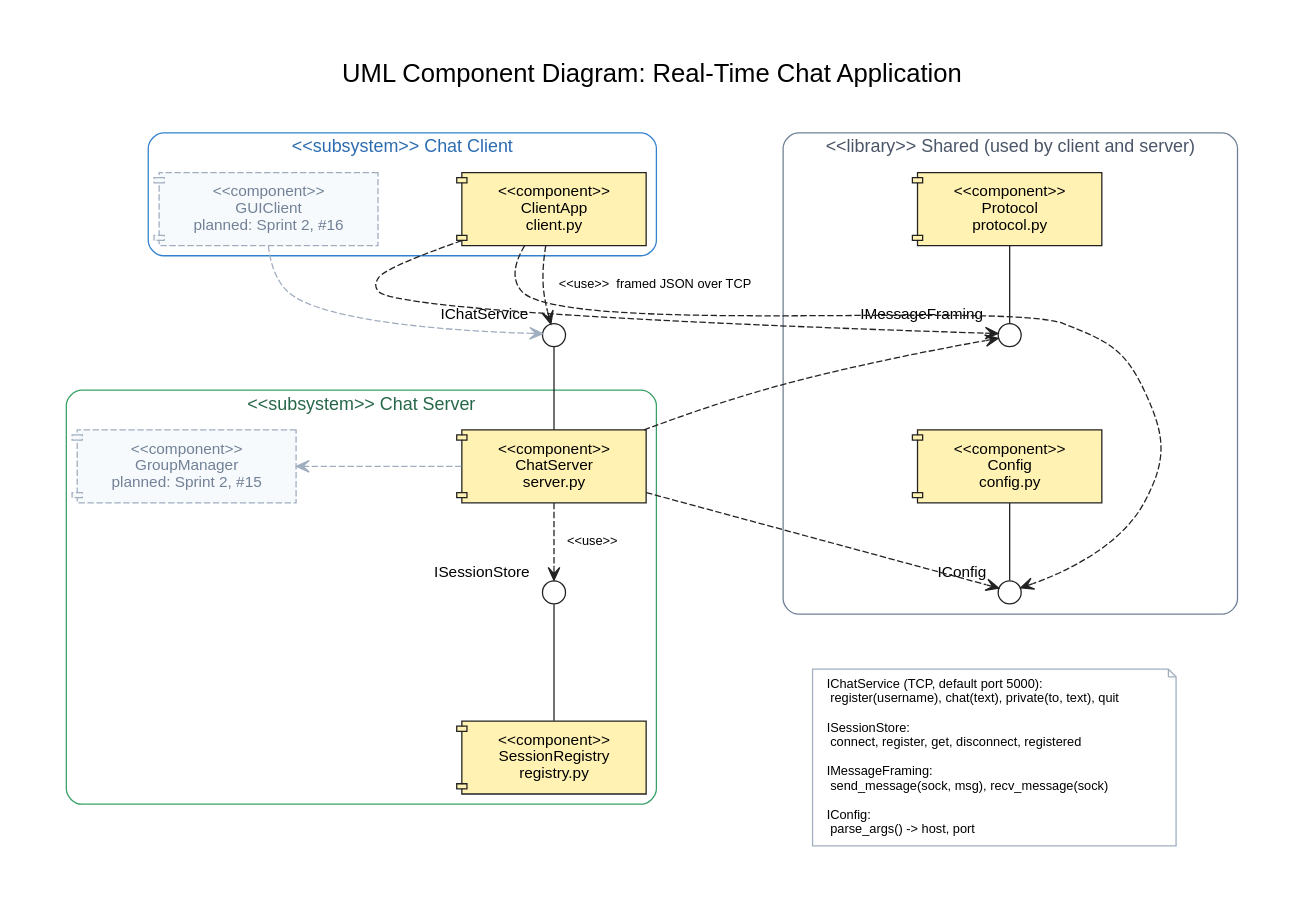
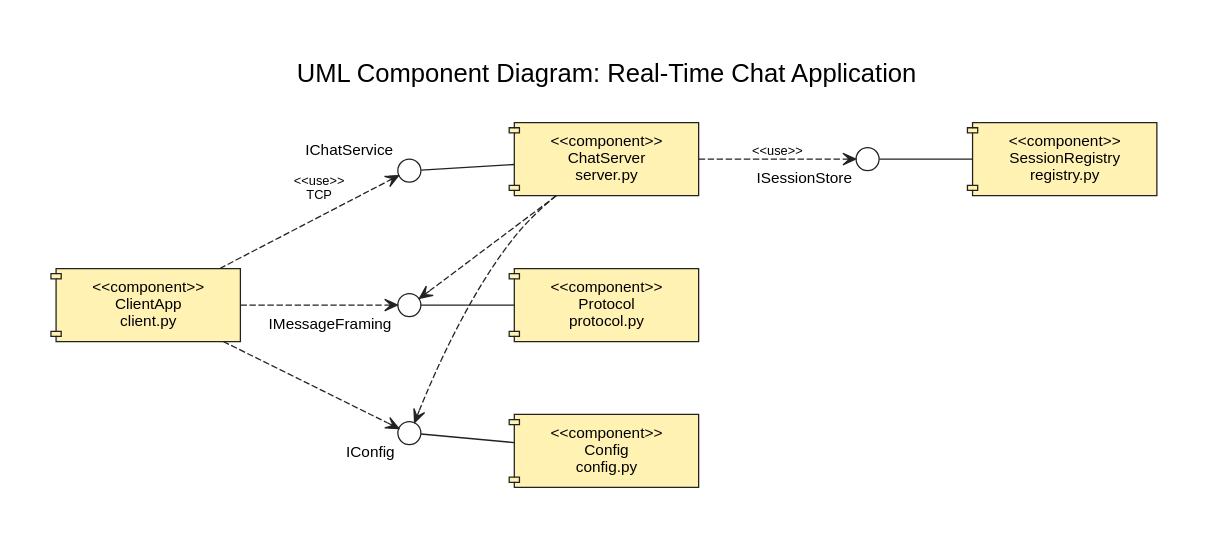
One commit to Kabir7code/Chat-application-Socket-Programming- changed the diagram in Documents/diagrams/components.dot. Above: the diagram before and after it, drawn with Graphviz. The commit also changed 3 other files, not shown here.

Commit message:
Simplify architecture and component diagrams to the as-built system

```diff
--- a/Documents/diagrams/components.dot
+++ b/Documents/diagrams/components.dot
@@ -1,61 +1,37 @@
-// UML component diagram of the chat application.
-// Render: dot -Tpng components.dot -o ../Component_Diagram.png
-// Notation: box with tabs = <<component>>; circle = provided interface (lollipop);
-// dashed arrow = <<use>> (required interface); grey dashed = planned for Sprint 2.
+// UML component diagram of the chat application (as built, Sprint 1).
+// Render: dot -Tpng -Gdpi=150 components.dot -o ../Component_Diagram.png
+// Notation: box with tabs = component; circle = provided interface; dashed arrow = <<use>>.
 digraph Components {
-  graph [rankdir=TB, fontname="Helvetica", fontsize=20, labelloc=t, pad=0.5, nodesep=0.9, ranksep=0.7, bgcolor=white, newrank=true,
+  graph [rankdir=LR, fontname="Helvetica", fontsize=20, labelloc=t, pad=0.5, nodesep=0.7, ranksep=1.0, bgcolor=white, newrank=true,
          label="UML Component Diagram: Real-Time Chat Application\n "];
-  node  [shape=component, style=filled, fillcolor="#FFF2B3", fontname="Helvetica", fontsize=12, color="#222222", margin="0.25,0.12"];
+  node  [shape=component, style=filled, fillcolor="#FFF2B3", fontname="Helvetica", fontsize=12, color="#222222", margin="0.25,0.12", width=1.9];
   edge  [fontname="Helvetica", fontsize=10, color="#222222"];
 
-  subgraph cluster_client {
-    label="<<subsystem>> Chat Client"; style="rounded"; color="#3182CE"; fontsize=14; fontcolor="#2B6CB0";
-    ClientApp [label="<<component>>\nClientApp\nclient.py"];
-    GUI       [label="<<component>>\nGUIClient\nplanned: Sprint 2, #16", style="filled,dashed", fillcolor="#F7FAFC", fontcolor="#718096", color="#A0AEC0"];
-  }
+  ClientApp [label="<<component>>\nClientApp\nclient.py"];
+  IChat     [shape=circle, label="", width=0.25, fixedsize=true, fillcolor="#FFFFFF", xlabel="IChatService"];
+  Server    [label="<<component>>\nChatServer\nserver.py"];
+  ISession  [shape=circle, label="", width=0.25, fixedsize=true, fillcolor="#FFFFFF", xlabel="ISessionStore"];
+  Registry  [label="<<component>>\nSessionRegistry\nregistry.py"];
 
-  IChat [shape=circle, label="", width=0.25, fixedsize=true, fillcolor="#FFFFFF", xlabel="IChatService  "];
+  Protocol  [label="<<component>>\nProtocol\nprotocol.py"];
+  IFraming  [shape=circle, label="", width=0.25, fixedsize=true, fillcolor="#FFFFFF", xlabel="IMessageFraming"];
+  Config    [label="<<component>>\nConfig\nconfig.py"];
+  IConfig   [shape=circle, label="", width=0.25, fixedsize=true, fillcolor="#FFFFFF", xlabel="IConfig"];
 
-  subgraph cluster_server {
-    label="<<subsystem>> Chat Server"; style="rounded"; color="#38A169"; fontsize=14; fontcolor="#276749";
-    Server   [label="<<component>>\nChatServer\nserver.py"];
-    Groups   [label="<<component>>\nGroupManager\nplanned: Sprint 2, #15", style="filled,dashed", fillcolor="#F7FAFC", fontcolor="#718096", color="#A0AEC0"];
-    ISession [shape=circle, label="", width=0.25, fixedsize=true, fillcolor="#FFFFFF", xlabel="ISessionStore  "];
-    Registry [label="<<component>>\nSessionRegistry\nregistry.py"];
-  }
+  // main row: client -> server -> registry
+  ClientApp -> IChat    [style=dashed, arrowhead=open, label="<<use>>\nTCP"];
+  IChat     -> Server   [arrowhead=none];
+  Server    -> ISession [style=dashed, arrowhead=open, label="<<use>>"];
+  ISession  -> Registry [arrowhead=none];
 
-  subgraph cluster_shared {
-    label="<<library>> Shared (used by client and server)"; style="rounded"; color="#718096"; fontsize=14; fontcolor="#4A5568";
-    Protocol [label="<<component>>\nProtocol\nprotocol.py"];
-    IFraming [shape=circle, label="", width=0.25, fixedsize=true, fillcolor="#FFFFFF", xlabel="IMessageFraming  "];
-    Config   [label="<<component>>\nConfig\nconfig.py"];
-    IConfig  [shape=circle, label="", width=0.25, fixedsize=true, fillcolor="#FFFFFF", xlabel="IConfig  "];
-    Protocol -> IFraming [arrowhead=none, weight=10];
-    Config   -> IConfig  [arrowhead=none, weight=10];
-    IFraming -> Config   [style=invis];
-  }
-
-  // provided interfaces (lollipops)
-  IChat    -> Server   [arrowhead=none, weight=10];
-  ISession -> Registry [arrowhead=none, weight=10];
-
-  // required interfaces: <<use>>
-  ClientApp -> IChat    [style=dashed, arrowhead=open, weight=10, label="  <<use>>  framed JSON over TCP"];
-  GUI       -> IChat    [style=dashed, arrowhead=open, color="#A0AEC0"];
-  Server    -> ISession [style=dashed, arrowhead=open, weight=10, label="  <<use>>"];
-  Server    -> Groups   [style=dashed, arrowhead=open, color="#A0AEC0", constraint=false];
-  ClientApp -> IFraming [style=dashed, arrowhead=open, constraint=false];
+  // shared library, used by client and server
+  IFraming -> Protocol [arrowhead=none];
+  IConfig  -> Config   [arrowhead=none];
+  ClientApp -> IFraming [style=dashed, arrowhead=open];
   Server    -> IFraming [style=dashed, arrowhead=open, constraint=false];
-  ClientApp -> IConfig  [style=dashed, arrowhead=open, constraint=false];
+  ClientApp -> IConfig  [style=dashed, arrowhead=open];
   Server    -> IConfig  [style=dashed, arrowhead=open, constraint=false];
 
-  {rank=same; ClientApp; GUI; Protocol}
-  {rank=same; Server; Groups; Config}
-  {rank=same; ISession; IConfig}
-
-  // interface operations, shown as a UML note
-  note [shape=note, style=filled, fillcolor="#FFFFFF", color="#A0AEC0", fontsize=10, fontname="Helvetica", margin="0.15,0.1", label=
-"IChatService (TCP, default port 5000):\l  register(username), chat(text), private(to, text), quit\l\lISessionStore:\l  connect, register, get, disconnect, registered\l\lIMessageFraming:\l  send_message(sock, msg), recv_message(sock)\l\lIConfig:\l  parse_args() -> host, port\l"];
-  Registry -> note [style=invis];
-  {rank=same; Registry; note}
+  {rank=same; IChat; IFraming; IConfig}
+  {rank=same; Server; Protocol; Config}
 }
```
